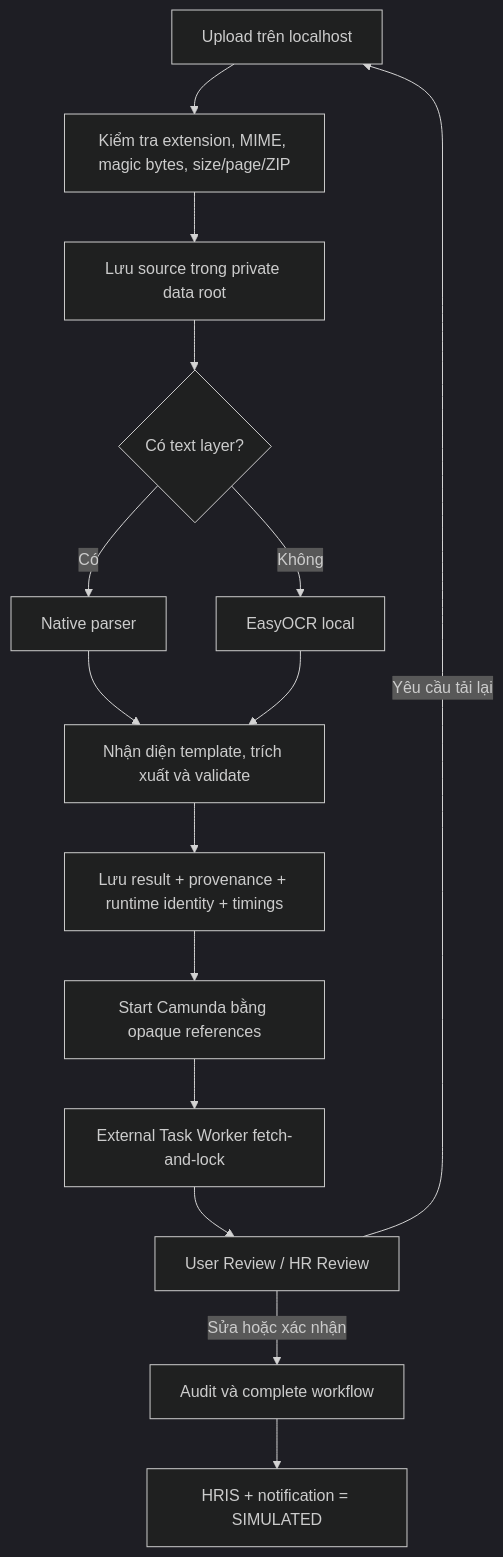
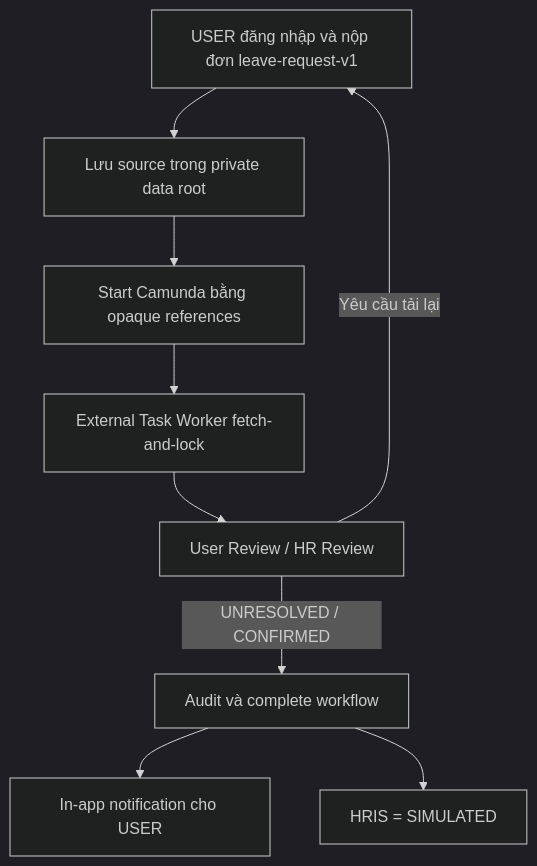
One commit to tandung060604-prog/hcns-automation-agent changed the first of 2 diagrams in README.md. Above: the diagram before and after it, drawn with Mermaid (dark theme). The commit also changed other lines of this file and 9 other files, not shown here.

First line of the commit message:
feat: MVP leave-request end-to-end with login, RBAC and in-app notification

````diff
--- a/README.md
+++ b/README.md
@@ -126,17 +173,11 @@
 ```mermaid
 flowchart TD
-    A["Upload trên localhost"] --> B["Kiểm tra extension, MIME, magic bytes, size/page/ZIP"]
-    B --> C["Lưu source trong private data root"]
-    C --> D{"Có text layer?"}
-    D -->|"Có"| E["Native parser"]
-    D -->|"Không"| F["EasyOCR local"]
-    E --> G["Nhận diện template, trích xuất và validate"]
-    F --> G
-    G --> H["Lưu result + provenance + runtime identity + timings"]
-    H --> I["Start Camunda bằng opaque references"]
-    I --> J["External Task Worker fetch-and-lock"]
-    J --> K["User Review / HR Review"]
-    K -->|"Sửa hoặc xác nhận"| L["Audit và complete workflow"]
-    K -->|"Yêu cầu tải lại"| A
-    L --> M["HRIS + notification = SIMULATED"]
+    A["USER đăng nhập và nộp đơn leave-request-v1"] --> B["Lưu source trong private data root"]
+    B --> C["Start Camunda bằng opaque references"]
+    C --> D["External Task Worker fetch-and-lock"]
+    D --> E["User Review / HR Review"]
+    E -->|"UNRESOLVED / CONFIRMED"| F["Audit và complete workflow"]
+    E -->|"Yêu cầu tải lại"| A
+    F --> G["In-app notification cho USER"]
+    F --> H["HRIS = SIMULATED"]
 ```
````
